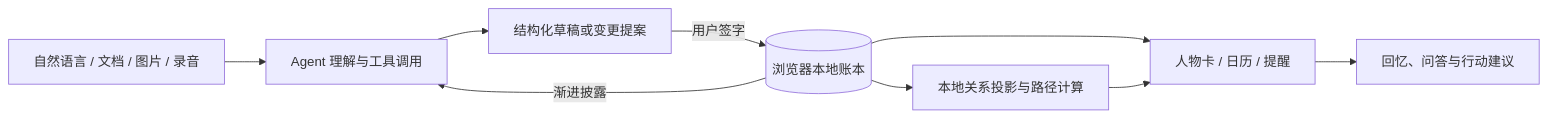
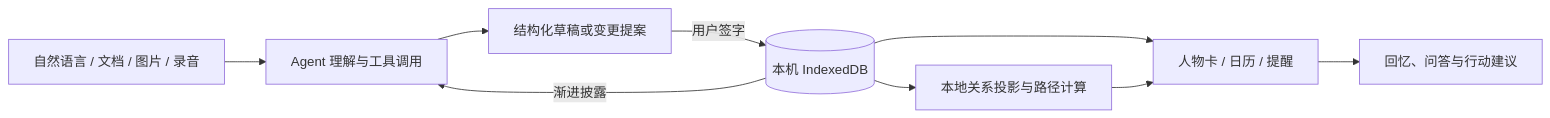
One commit to iyau76/ZhiMaiConnect changed the diagram in README.md. Above: the diagram before and after it, drawn with Mermaid. The commit also changed other lines of this file and 87 other files, not shown here.

````diff
--- a/README.md
+++ b/README.md
@@ -83,11 +84,11 @@
 ```mermaid
 flowchart LR
     A[自然语言 / 文档 / 图片 / 录音] --> B[Agent 理解与工具调用]
-    D[(浏览器本地账本)] -->|渐进披露| B
+    D[(本机 IndexedDB)] -->|渐进披露| B
     B --> C[结构化草稿或变更提案]
     C -->|用户签字| D
     D --> P[本地关系投影与路径计算]
     D --> U[人物卡 / 日历 / 提醒]
     P --> U
     U --> Q[回忆、问答与行动建议]
 ```
````
